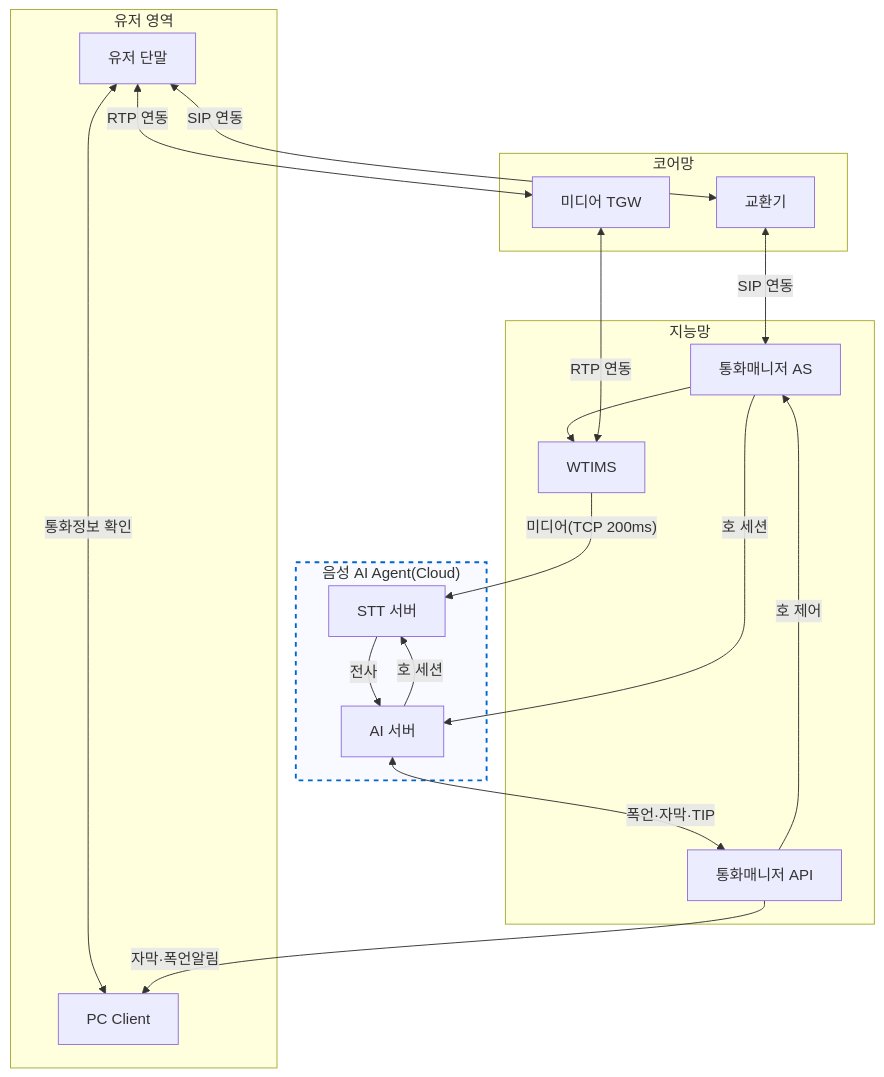
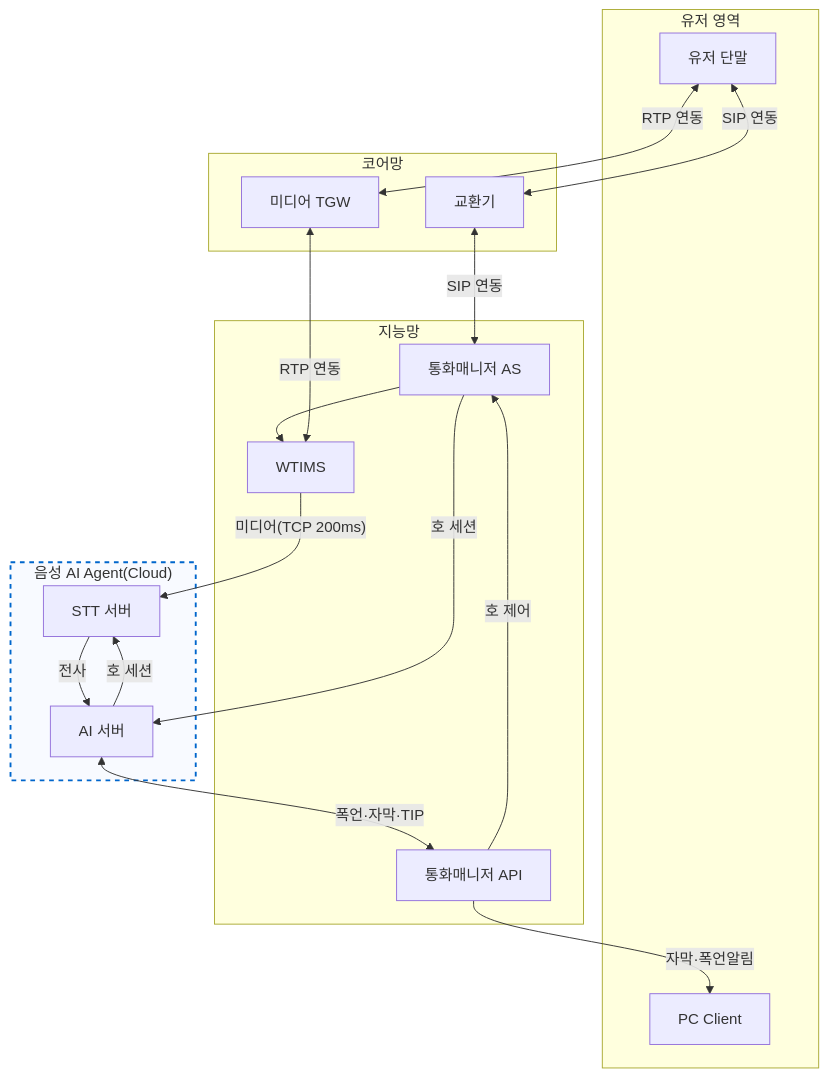
One commit to hak023/sip_pbx changed the first of 2 diagrams in docs/architecture/stt-agent-integration-options.md. Above: the diagram before and after it, drawn with Mermaid. The commit also changed other lines of this file, not shown here.

Commit message:
docs(architecture): 유저 단말과 PC Client 연동 제거

````diff
--- a/docs/architecture/stt-agent-integration-options.md
+++ b/docs/architecture/stt-agent-integration-options.md
@@ -6,43 +6,42 @@
 ```mermaid
 flowchart TB
     subgraph USER_AREA["유저 영역"]
         USER[유저 단말]
         PC[PC Client]
     end
 
     subgraph CORE_NET["코어망"]
         EX[교환기]
         TGW[미디어 TGW]
     end
 
     subgraph CORE["지능망"]
         CM[통화매니저 AS]
         WT[WTIMS]
         CM_API[통화매니저 API]
     end
 
     subgraph NEW_STT["음성 AI Agent(Cloud)"]
         style NEW_STT fill:#f8faff,stroke:#0066cc,stroke-width:2px,stroke-dasharray: 5 5
         
         STT[STT 서버]
         RT[AI 서버]
     end
 
     EX <-->|SIP 연동| CM
     CM --> WT
     USER <-->|SIP 연동| EX
     USER <-->|RTP 연동| TGW
     TGW <-->|RTP 연동| WT
-    USER <-->|통화정보 확인| PC
 
     %% 연동 구간
     CM -->|호 세션| RT
     RT -->|호 세션| STT
     WT -->|"미디어(TCP 200ms)"| STT
     STT -->|전사| RT
 
     %% AI Agent 연동
     RT <-->|폭언·자막·TIP| CM_API
     CM_API -->|호 제어| CM
     CM_API -->|자막·폭언알림| PC
 ```
````
